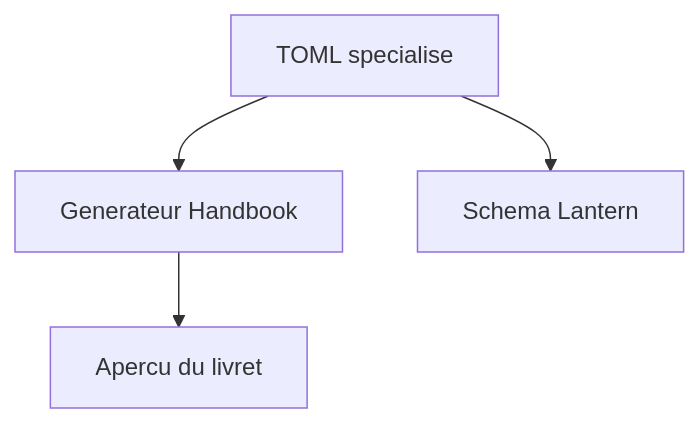
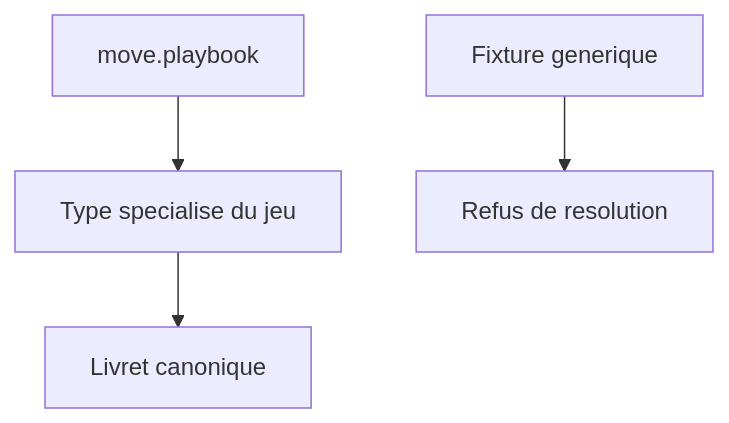
One commit to RebelliousSmile/schema-pbta changed the first of 2 diagrams in aidd_docs/tasks/2026_09/2026_09_17_specialized_playbooks_all_games/phase-3.md. Above: the diagram before and after it, drawn with Mermaid. The commit also changed other lines of this file and 10 other files, not shown here.

````diff
--- a/aidd_docs/tasks/2026_09/2026_09_17_specialized_playbooks_all_games/phase-3.md
+++ b/aidd_docs/tasks/2026_09/2026_09_17_specialized_playbooks_all_games/phase-3.md
@@ -22,6 +21,6 @@
 ```mermaid
 flowchart TD
-  A[TOML specialise] --> B[Generateur Handbook]
-  B --> C[Apercu du livret]
-  A --> D[Schema Lantern]
+  A[move.playbook] --> B[Type specialise du jeu]
+  B --> C[Livret canonique]
+  D[Fixture generique] --> E[Refus de resolution]
 ```
````
